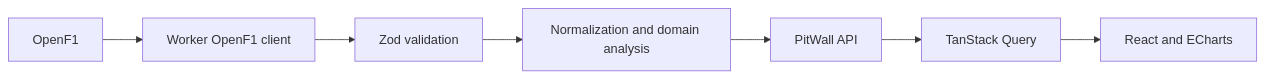
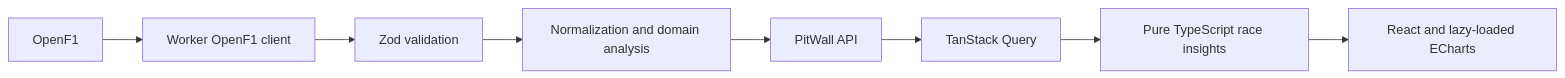
Before and after one commit to Ago-filo/Pitwall: the diagram in README.md, drawn with Mermaid. The commit also changed other lines of this file and 10 other files, not shown here.

Commit message:
Add evidence-linked race analysis and improve demo loading

````diff
--- a/README.md
+++ b/README.md
@@ -26,9 +35,10 @@
 ```mermaid
 flowchart LR
   OpenF1 --> Client[Worker OpenF1 client]
   Client --> Validation[Zod validation]
   Validation --> Domain[Normalization and domain analysis]
   Domain --> API[PitWall API]
   API --> Query[TanStack Query]
-  Query --> UI[React and ECharts]
+  Query --> Analysis[Pure TypeScript race insights]
+  Analysis --> UI[React and lazy-loaded ECharts]
 ```
````
